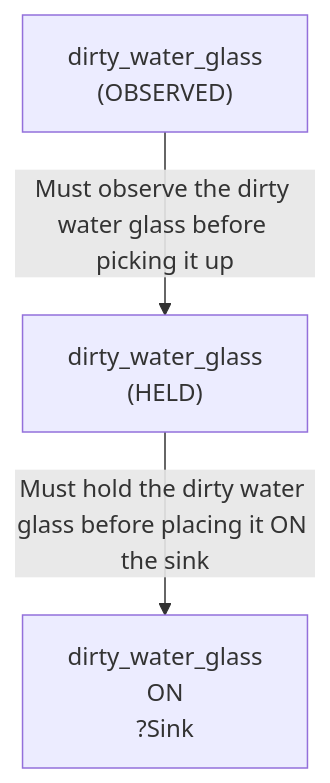
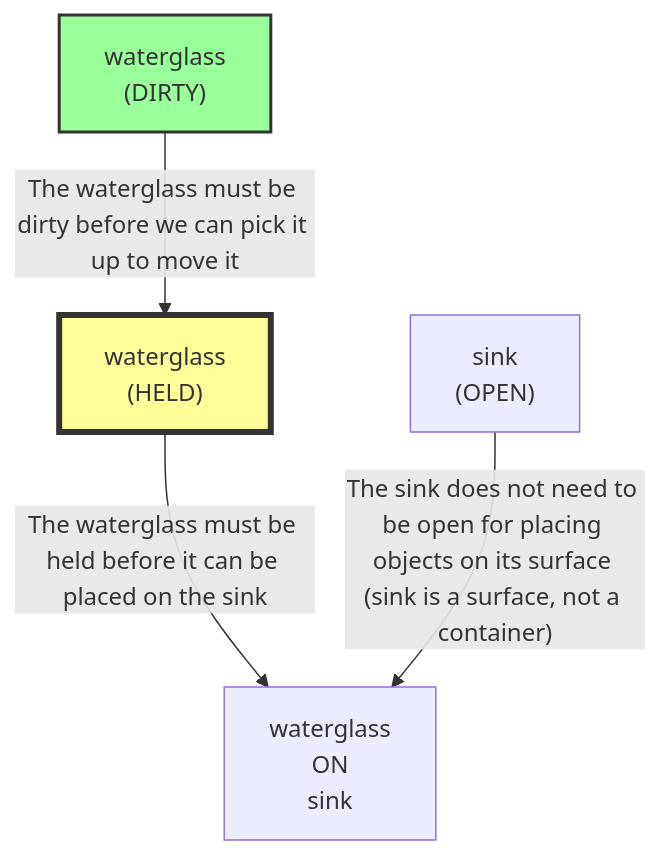
The first of 7 diagrams in evaluation/results/table4/claude/M1_03/run_T4_claude_M1_03.md (scuama/virtualhome), drawn with Mermaid before and after one commit. The commit also changed other lines of this file and 368 other files, not shown here.

````diff
--- a/evaluation/results/table4/claude/M1_03/run_T4_claude_M1_03.md
+++ b/evaluation/results/table4/claude/M1_03/run_T4_claude_M1_03.md
@@ -72,8 +103,12 @@
 ```mermaid
 graph TD
-    N1["dirty_water_glass<br>(OBSERVED)"]
-    N2["dirty_water_glass<br>ON<br>?Sink"]
-    N3["dirty_water_glass<br>(HELD)"]
-    N1 -->|"Must observe the dirty water glass before picking it up"| N3
-    N3 -->|"Must hold the dirty water glass before placing it ON the sink"| N2
+    N1["waterglass<br>(DIRTY)"]
+    style N1 fill:#9f9,stroke:#333,stroke-width:2px
+    N2["waterglass<br>(HELD)"]
+    style N2 fill:#ff9,stroke:#333,stroke-width:4px
+    N3["waterglass<br>ON<br>sink"]
+    N4["sink<br>(OPEN)"]
+    N1 -->|"The waterglass must be dirty before we can pick it up to move it"| N2
+    N2 -->|"The waterglass must be held before it can be placed on the sink"| N3
+    N4 -->|"The sink does not need to be open for placing objects on its surface (sink is a surface, not a container)"| N3
 ```
````
